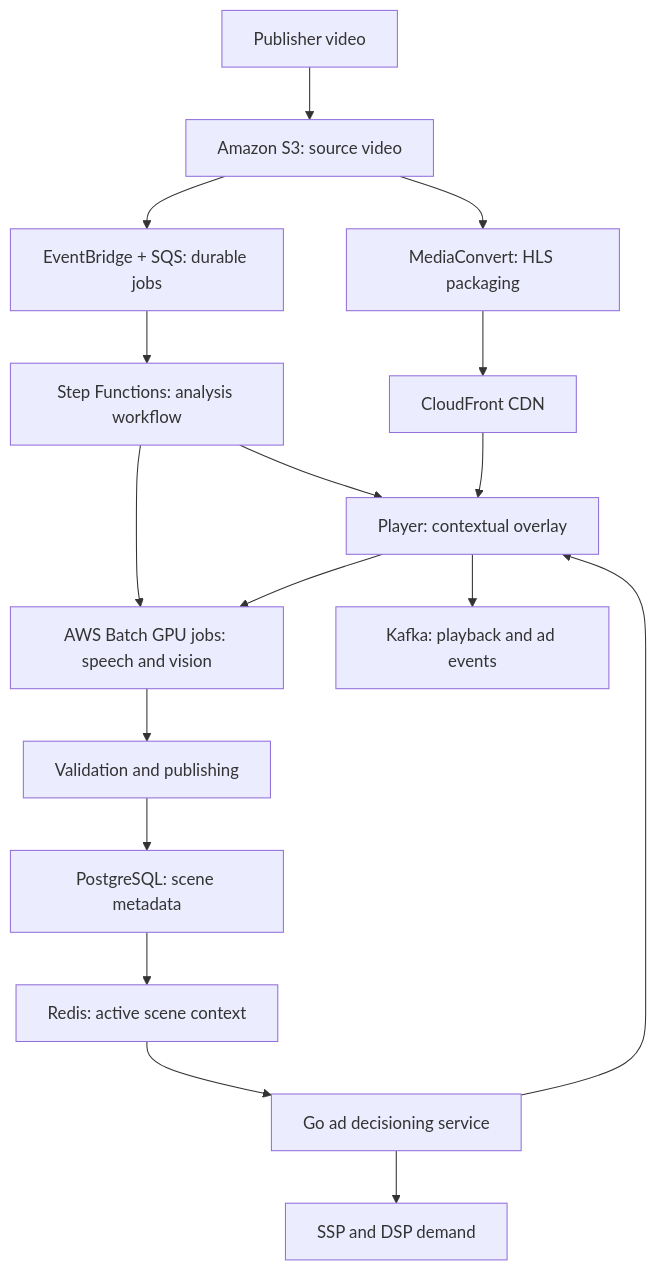
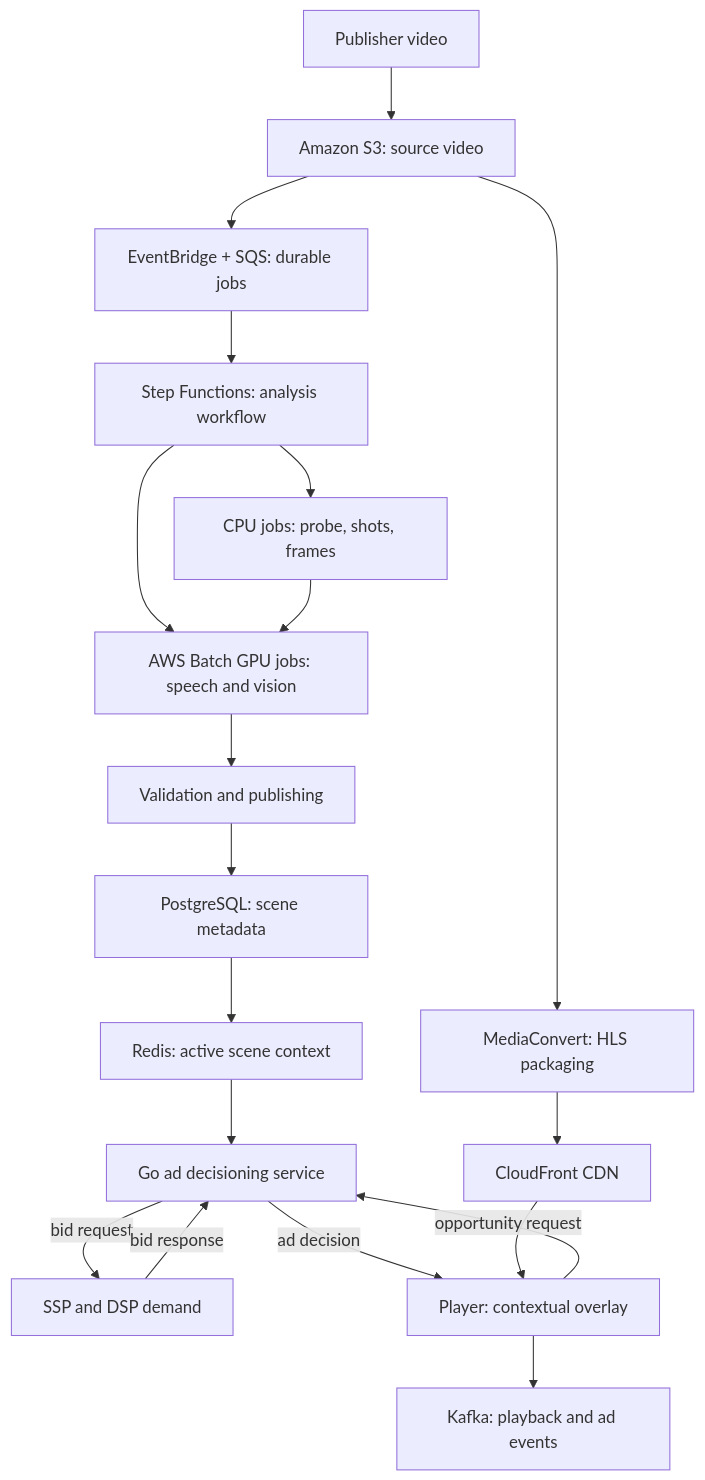
The second of 3 diagrams in README.md (rayning0/scenebid), drawn with Mermaid before and after one commit. The commit also changed other lines of this file, not shown here.

````diff
--- a/README.md
+++ b/README.md
@@ -349,19 +350,21 @@
 ```mermaid
 flowchart TD
     P["Publisher video"] --> S["Amazon S3: source video"]
     S --> Q["EventBridge + SQS: durable jobs"]
     Q --> W["Step Functions: analysis workflow"]
-    W --> C["CPU jobs: probe, shots, frames"]
+    W --> CPU["CPU jobs: probe, shots, frames"]
     W --> G["AWS Batch GPU jobs: speech and vision"]
-    C --> G
+    CPU --> G
     G --> V["Validation and publishing"]
     V --> D["PostgreSQL: scene metadata"]
     D --> R["Redis: active scene context"]
     R --> A["Go ad decisioning service"]
-    A --> B["SSP and DSP demand"]
-    A --> C["Player: contextual overlay"]
+    A -->|bid request| B["SSP and DSP demand"]
+    B -->|bid response| A
+    PLAYER["Player: contextual overlay"] -->|opportunity request| A
+    A -->|ad decision| PLAYER
     S --> H["MediaConvert: HLS packaging"]
     H --> N["CloudFront CDN"]
-    N --> C
-    C --> E["Kafka: playback and ad events"]
+    N --> PLAYER
+    PLAYER --> E["Kafka: playback and ad events"]
 ```
````
